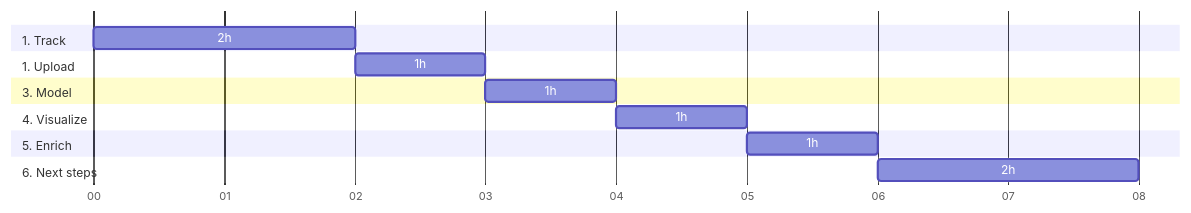
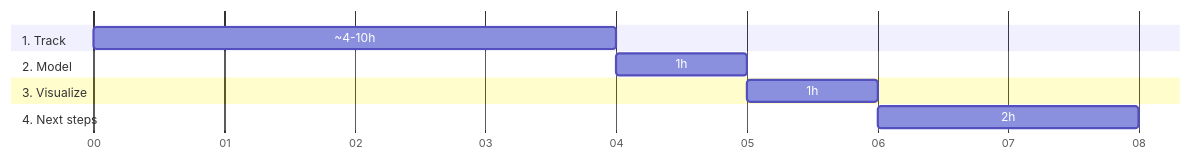
The diagram in content/_index.md (snowplow/snowplow-ecommerce-tracking-accelerator), drawn with Mermaid before and after one commit. The commit also changed other lines of this file and 7 other files, not shown here.

```diff
--- a/content/_index.md
+++ b/content/_index.md
@@ -50,18 +48,14 @@
 {{<mermaid>}}
 gantt
 dateFormat HH-mm
 axisFormat %M
 section 1. Track
-2h :track, 00-00, 2m
-section 1. Upload
-1h :upload, after track, 1m
-section 3. Model
-1h :model, after upload, 1m
-section 4. Visualize
+~4-10h :track, 00-00, 4m
+section 2. Model
+1h :model, after track, 1m
+section 3. Visualize
 1h :visualize, after model, 1m
-section 5. Enrich
-1h :enrich, after visualize, 1m
-section 6. Next steps
-2h :next steps, after enrich, 2m
+section 4. Next steps
+2h :next steps, after visualize, 2m
 
 {{</mermaid >}}
```
